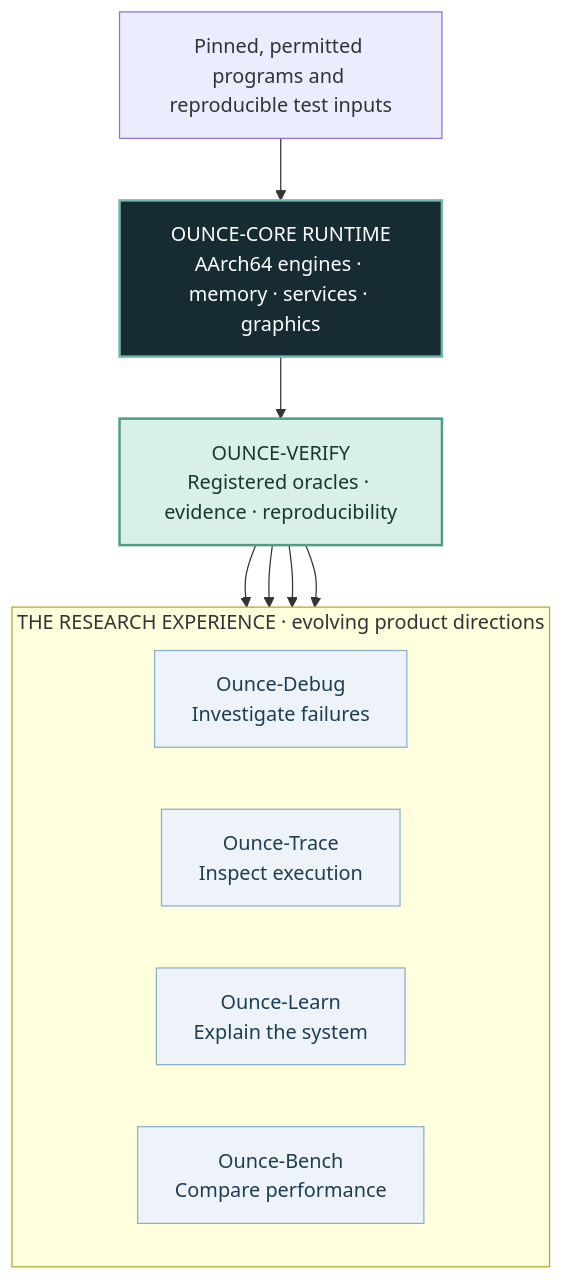
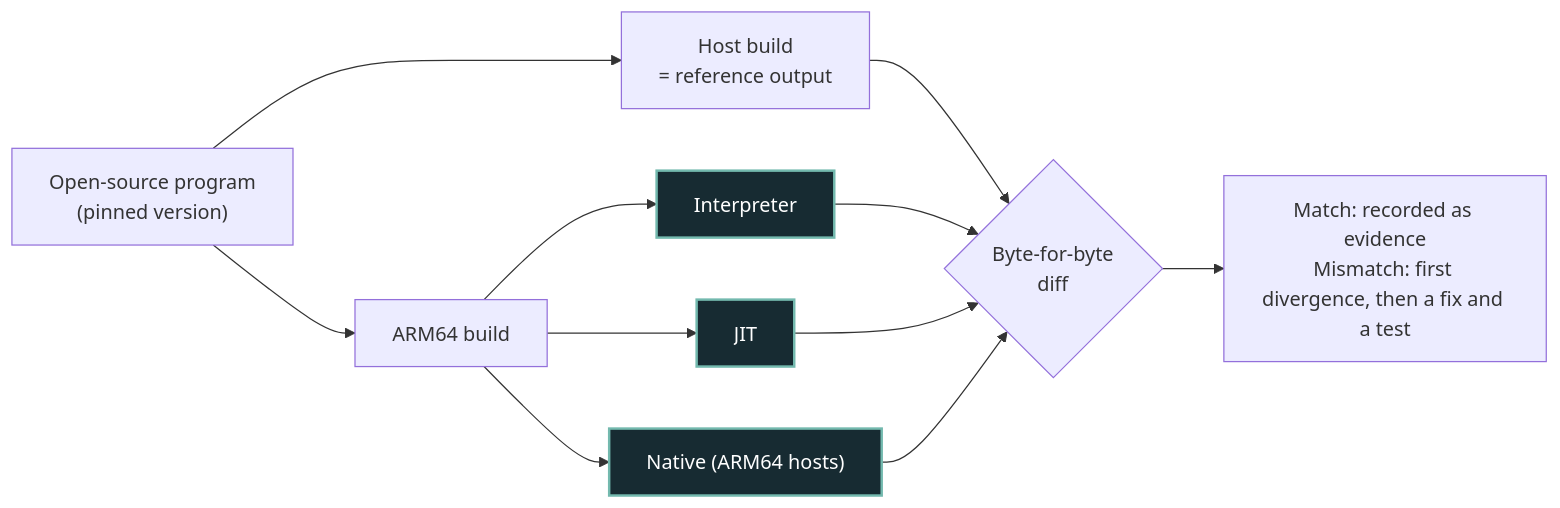
Before and after one commit to hffgzktbcc-blip/ounce-core: the diagram in README.md, drawn with Mermaid. The commit also changed other lines of this file and 7 other files, not shown here.

````diff
--- a/README.md
+++ b/README.md
@@ -37,26 +41,15 @@
 ```mermaid
-flowchart TB
-    subgraph EXPERIENCE["THE RESEARCH EXPERIENCE · evolving product directions"]
-        direction LR
-        DBG["Ounce-Debug<br/>Investigate failures"]
-        TRC["Ounce-Trace<br/>Inspect execution"]
-        LRN["Ounce-Learn<br/>Explain the system"]
-        BEN["Ounce-Bench<br/>Compare performance"]
-    end
-    V["OUNCE-VERIFY<br/>Registered oracles · evidence · reproducibility"]
-    R["OUNCE-CORE RUNTIME<br/>AArch64 engines · memory · services · graphics"]
-    P["Pinned, permitted programs and reproducible test inputs"]
-
-    P --> R --> V
-    V --> DBG
-    V --> TRC
-    V --> LRN
-    V --> BEN
-
-    classDef foundation fill:#172b32,stroke:#73b9ae,color:#ffffff,stroke-width:2px;
-    classDef verify fill:#d9efe9,stroke:#4f9c87,color:#16382e,stroke-width:2px;
-    classDef experience fill:#edf3f8,stroke:#8aafc7,color:#1e3d52;
-    class R foundation;
-    class V verify;
-    class DBG,TRC,LRN,BEN experience;
+flowchart LR
+    P["Open-source program<br/>(pinned version)"] --> H["Host build<br/>= reference output"]
+    P --> A["ARM64 build"]
+    A --> I["Interpreter"]
+    A --> J["JIT"]
+    A --> N["Native (ARM64 hosts)"]
+    H --> D{"Byte-for-byte<br/>diff"}
+    I --> D
+    J --> D
+    N --> D
+    D --> R["Match: recorded as evidence<br/>Mismatch: first divergence, then a fix and a test"]
+    classDef core fill:#172b32,stroke:#73b9ae,color:#ffffff,stroke-width:2px;
+    class I,J,N core;
 ```
````
